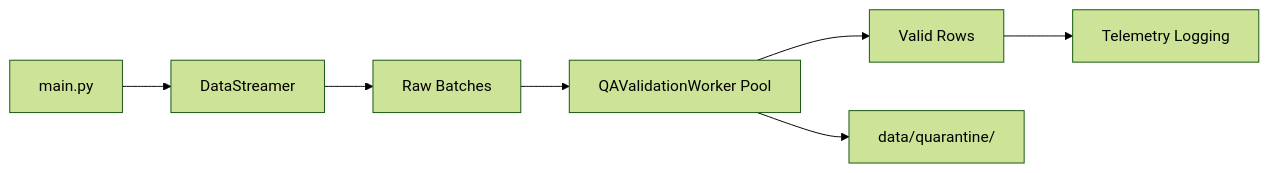
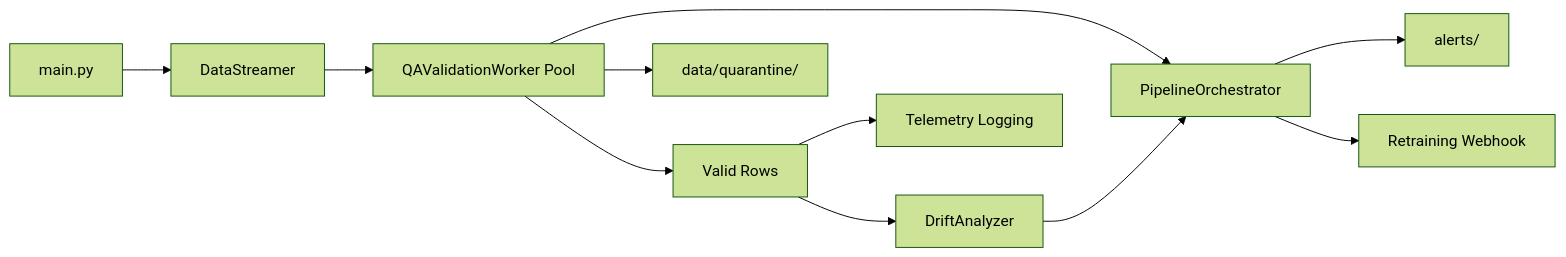
Before and after one commit to hamidmatiny/sentinel-ray: the diagram in README.md, drawn with Mermaid (forest theme). The commit also changed other lines of this file and 139 other files, not shown here.

````diff
--- a/README.md
+++ b/README.md
@@ -107,9 +98,13 @@
 ```mermaid
 flowchart LR
     Main[main.py] --> Stream[DataStreamer]
-    Stream --> Raw[Raw Batches]
-    Raw --> QA[QAValidationWorker Pool]
+    Stream --> QA[QAValidationWorker Pool]
     QA --> Valid[Valid Rows]
     QA --> Quarantine[data/quarantine/]
+    Valid --> Drift[DriftAnalyzer]
+    QA --> Orchestrator[PipelineOrchestrator]
+    Drift --> Orchestrator
+    Orchestrator --> Alerts[alerts/]
+    Orchestrator --> Retrain[Retraining Webhook]
     Valid --> Log[Telemetry Logging]
 ```
````
